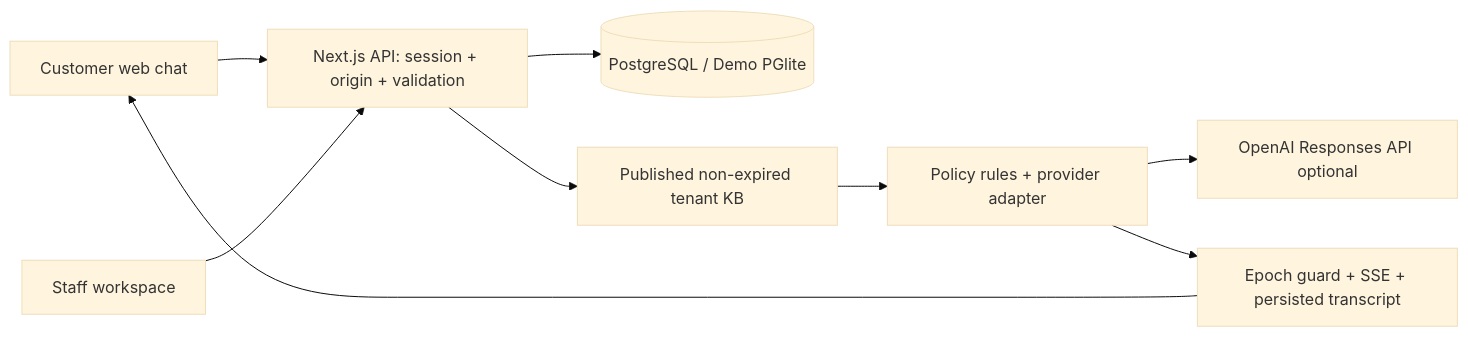
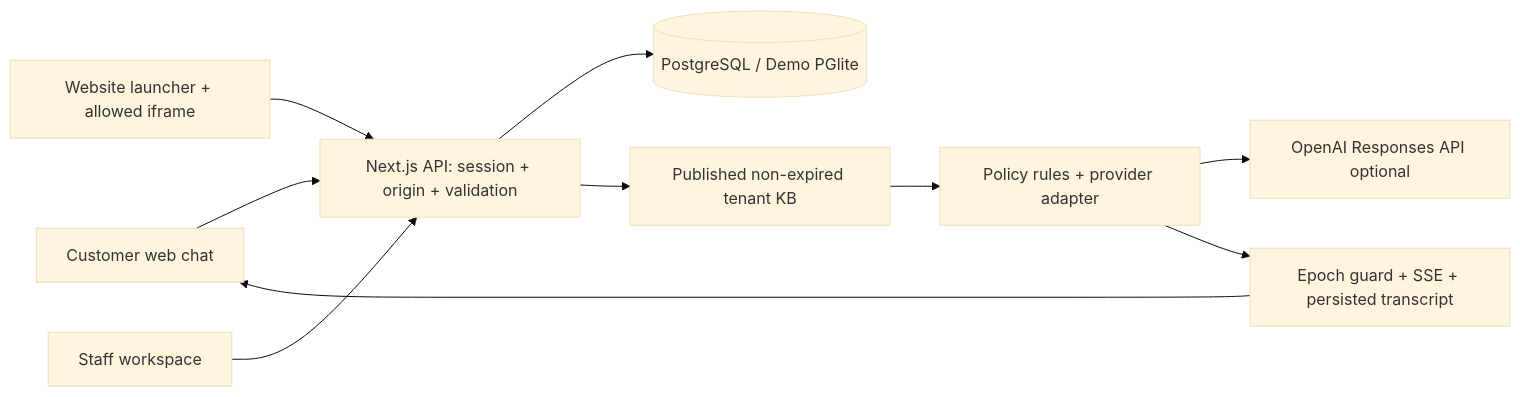
One commit to RRSDUMP101/CRMBOT changed the diagram in README.md. Above: the diagram before and after it, drawn with Mermaid (base theme). The commit also changed other lines of this file and 2 other files, not shown here.

````diff
--- a/README.md
+++ b/README.md
@@ -84,11 +111,12 @@
 ```mermaid
 flowchart LR
   C[Customer web chat] --> API[Next.js API: session + origin + validation]
+  X[Website launcher + allowed iframe] --> API
   W[Staff workspace] --> API
   API --> DB[(PostgreSQL / Demo PGlite)]
   API --> KB[Published non-expired tenant KB]
   KB --> B[Policy rules + provider adapter]
   B --> L[OpenAI Responses API optional]
   B --> E[Epoch guard + SSE + persisted transcript]
   E --> C
 ```
````
